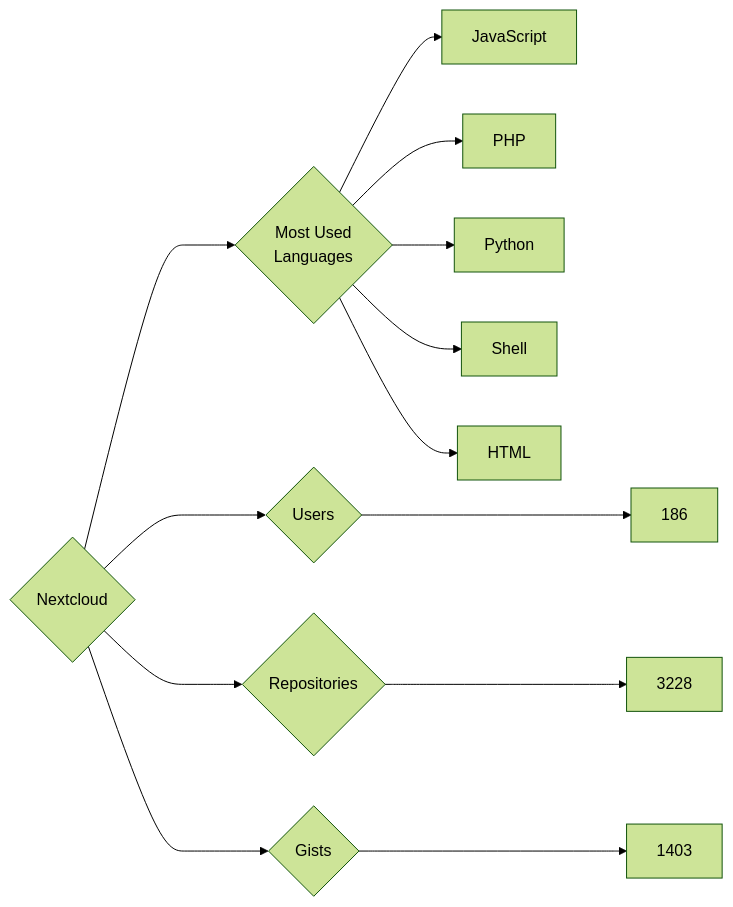
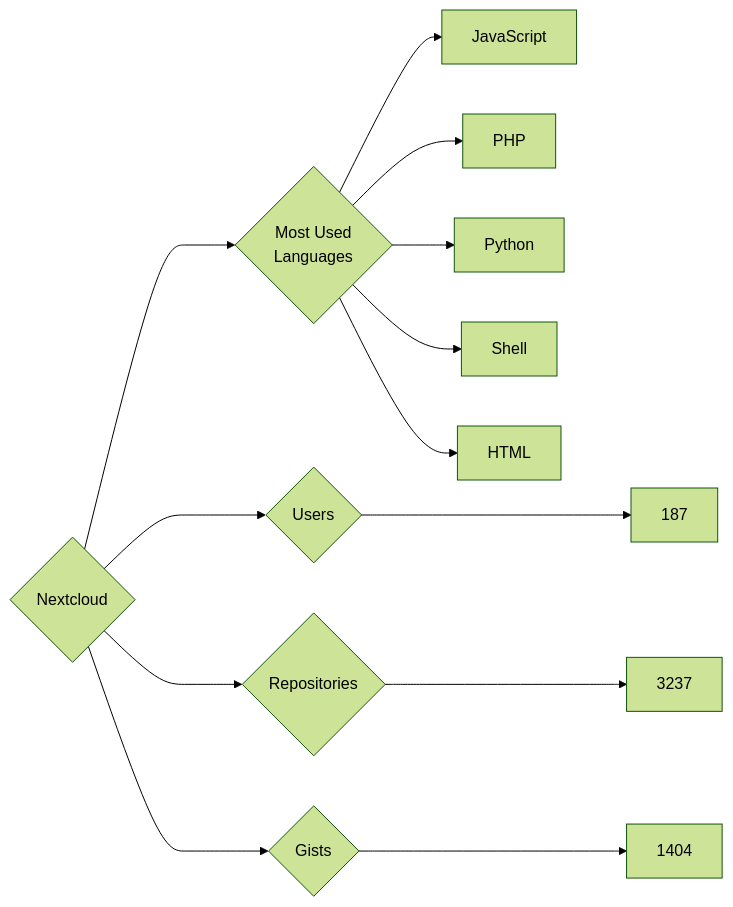
The diagram in targets/Nextcloud/README.md (trickest/insiders), drawn with Mermaid (forest theme) before and after one commit. The commit also changed 928 other files, not shown here.

````diff
--- a/targets/Nextcloud/README.md
+++ b/targets/Nextcloud/README.md
@@ -3,13 +3,13 @@
 ```mermaid
 graph LR
 COMPANY_NAME{Nextcloud}
-COMPANY_NAME ---> U{Users} ---> UN[186]
-COMPANY_NAME ---> R{Repositories} ---> RN[3228]
-COMPANY_NAME ---> G{Gists} ---> GN[1403]
+COMPANY_NAME ---> U{Users} ---> UN[187]
+COMPANY_NAME ---> R{Repositories} ---> RN[3237]
+COMPANY_NAME ---> G{Gists} ---> GN[1404]
 COMPANY_NAME ---> ML{Most Used<br>Languages}
 ML --> JavaScript[JavaScript]
 ML --> PHP[PHP]
 ML --> Python[Python]
 ML --> Shell[Shell]
 ML --> HTML[HTML]
 ```
````
